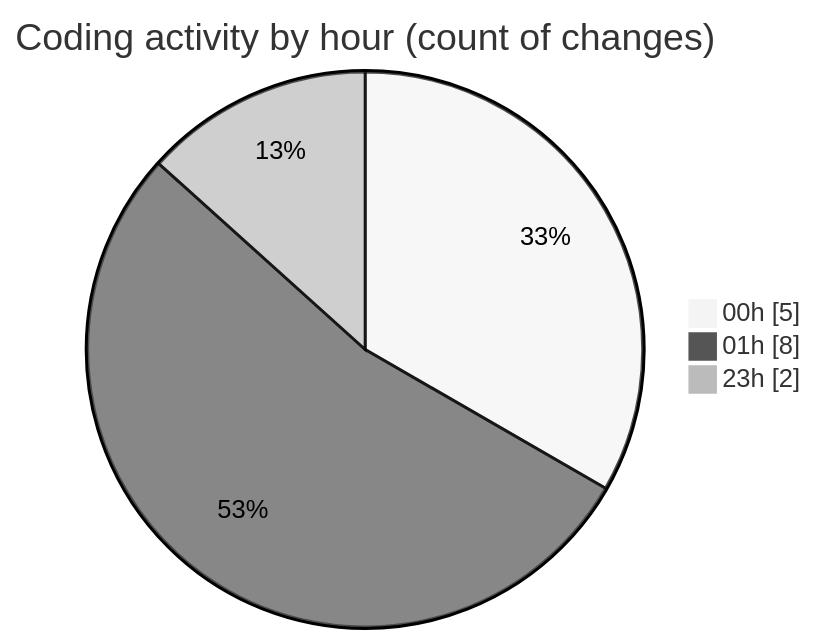
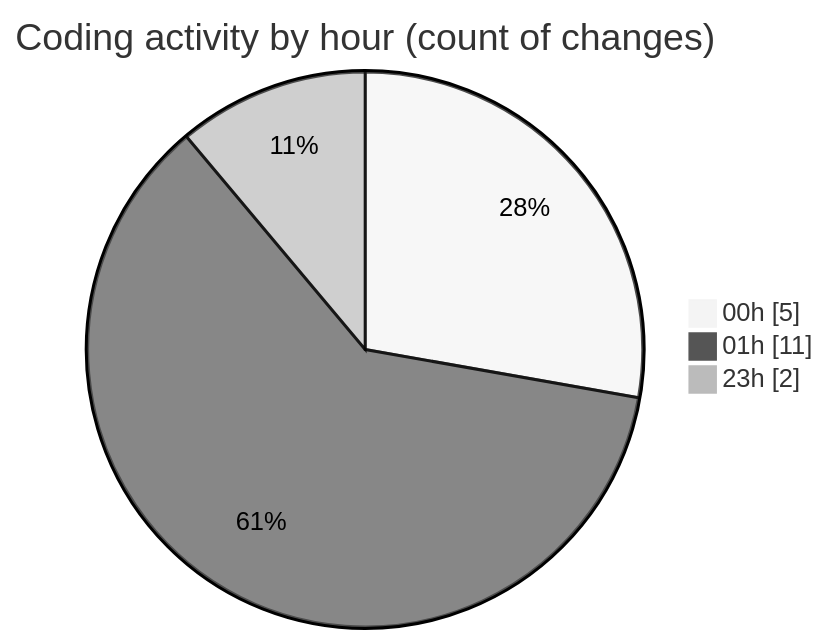
The second of 2 diagrams in 2025-11-26/eventscop-frontend-guide__workspace_/README.md (julien-gomy/code-tracking), drawn with Mermaid (neutral theme) before and after one commit. The commit also changed other lines of this file and 1 other file, not shown here.

````diff
--- a/2025-11-26/eventscop-frontend-guide__workspace_/README.md
+++ b/2025-11-26/eventscop-frontend-guide__workspace_/README.md
@@ -31,7 +33,7 @@
 ```mermaid
 pie showData
 title Coding activity by hour (count of changes)
 "00h" : 5
-"01h" : 8
+"01h" : 11
 "23h" : 2
 ```
````
